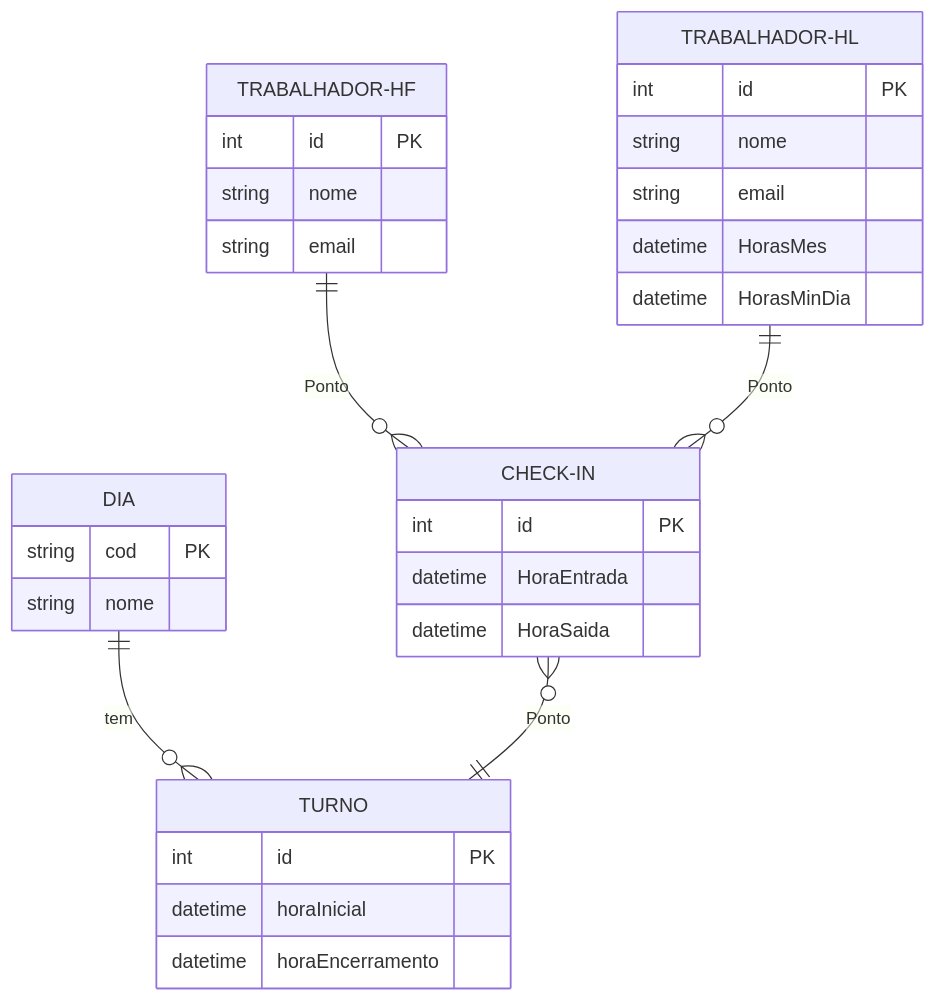
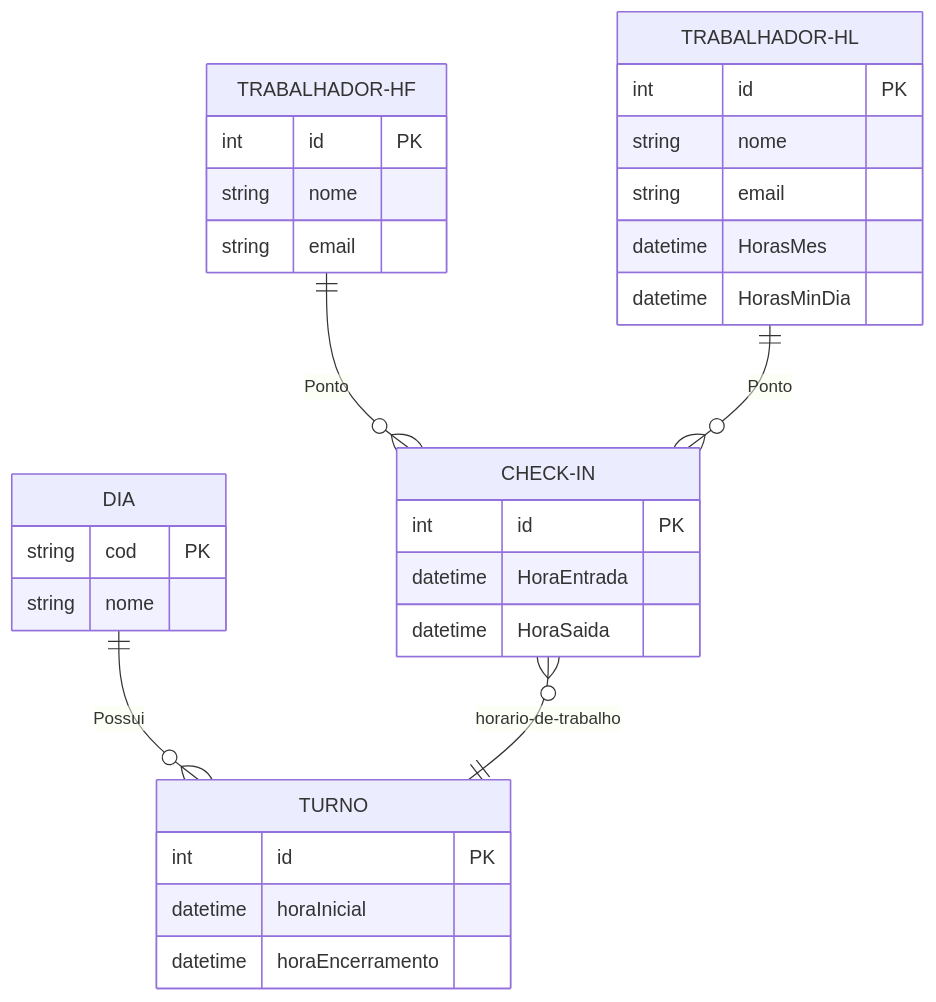
The diagram in database/20231/tarefas/mts-lucas/tarefa01.md (tacianosilva/bsi-tasks), drawn with Mermaid before and after one commit.

Commit message:
editando diagrama #43

````diff
--- a/database/20231/tarefas/mts-lucas/tarefa01.md
+++ b/database/20231/tarefas/mts-lucas/tarefa01.md
@@ -54,47 +54,47 @@
 ```mermaid
 erDiagram
 
 
     TRABALHADOR-HL {
 
         int id PK
         string nome
         string email
         datetime HorasMes
         datetime HorasMinDia
     }
     TRABALHADOR-HF {
 
         int id PK
         string nome
         string email
     }
 
     TURNO {
 
         int id PK
         datetime horaInicial
         datetime horaEncerramento
     }
 
     DIA {
 
         string cod PK
         string nome
     }
 
 
     CHECK-IN {
 
         int id PK
         datetime HoraEntrada
         datetime HoraSaida
 
     }
 
-    DIA ||--o{ TURNO : tem
+    DIA ||--o{ TURNO : Possui
     TRABALHADOR-HF ||--o{ CHECK-IN : Ponto
     TRABALHADOR-HL ||--o{ CHECK-IN : Ponto
-    CHECK-IN }o--|| TURNO : Ponto
+    CHECK-IN }o--|| TURNO : horario-de-trabalho
 
 ```
````
